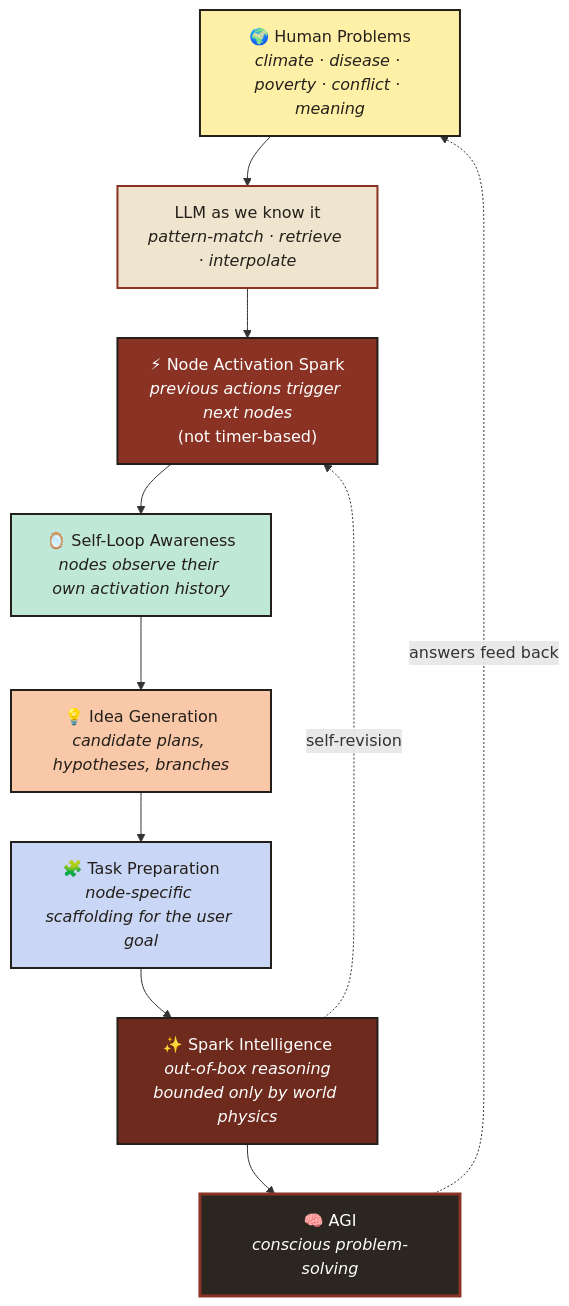
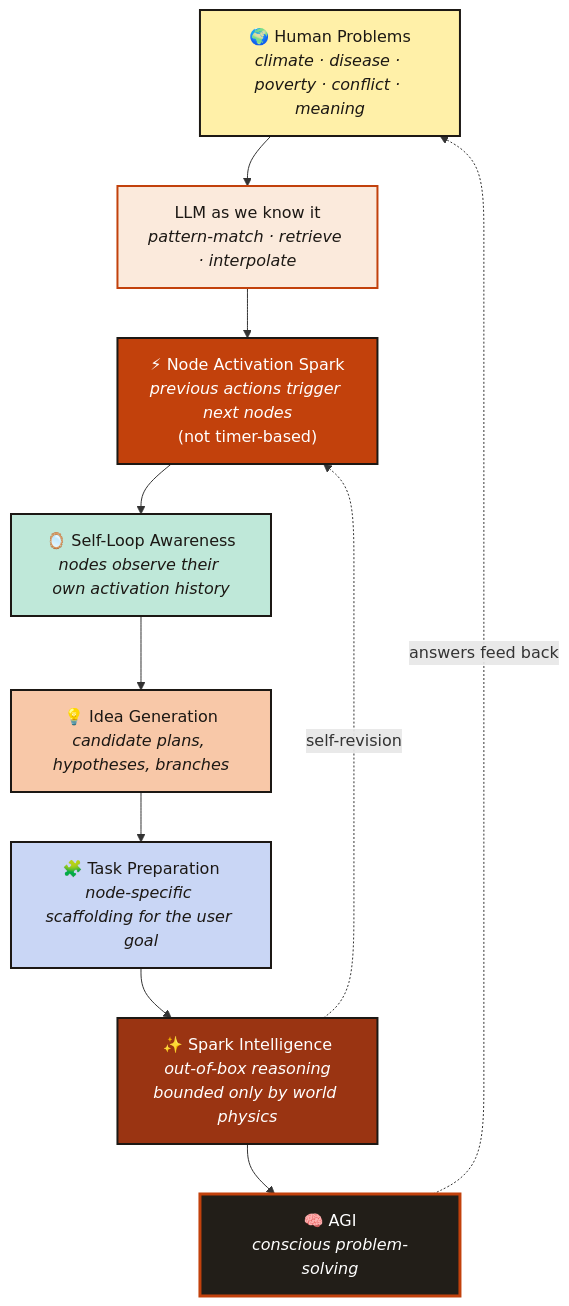
Before and after one commit to kader-xai/kader-xai.github.io: the first of 4 diagrams in blog/2026-05-16-quest-for-agi/index.qmd, drawn with Mermaid. The commit also changed other lines of this file and 44 other files, not shown here.

````diff
--- a/blog/2026-05-16-quest-for-agi/index.qmd
+++ b/blog/2026-05-16-quest-for-agi/index.qmd
@@ -28,30 +28,30 @@
 ```{mermaid}
 flowchart TD
     H["🌍 Human Problems<br/><i>climate · disease · poverty · conflict · meaning</i>"]:::input
     L["LLM as we know it<br/><i>pattern-match · retrieve · interpolate</i>"]:::current
     NA["⚡ Node Activation Spark<br/><i>previous actions trigger next nodes</i><br/>(not timer-based)"]:::spark
     SL["🪞 Self-Loop Awareness<br/><i>nodes observe their own activation history</i>"]:::aware
     IG["💡 Idea Generation<br/><i>candidate plans, hypotheses, branches</i>"]:::idea
     TP["🧩 Task Preparation<br/><i>node-specific scaffolding for the user goal</i>"]:::prep
     SI["✨ Spark Intelligence<br/><i>out-of-box reasoning</i><br/><i>bounded only by world physics</i>"]:::spark2
     AGI["🧠 AGI<br/><i>conscious problem-solving</i>"]:::agi
 
     H --> L
     L --> NA
     NA --> SL
     SL --> IG
     IG --> TP
     TP --> SI
     SI --> AGI
     AGI -. "answers feed back" .-> H
     SI -. "self-revision" .-> NA
 
-    classDef input fill:#FFF0A8,stroke:#241f1a,stroke-width:2px,color:#241f1a;
-    classDef current fill:#efe4cd,stroke:#8a3324,stroke-width:2px,color:#241f1a;
-    classDef spark fill:#8a3324,stroke:#241f1a,stroke-width:2px,color:#ffffff;
-    classDef aware fill:#BFE8D9,stroke:#241f1a,stroke-width:2px,color:#241f1a;
-    classDef idea fill:#F8C8A8,stroke:#241f1a,stroke-width:2px,color:#241f1a;
-    classDef prep fill:#C9D6F5,stroke:#241f1a,stroke-width:2px,color:#241f1a;
-    classDef spark2 fill:#6e2a1d,stroke:#241f1a,stroke-width:2px,color:#ffffff;
-    classDef agi fill:#2b2620,stroke:#8a3324,stroke-width:3px,color:#ffffff;
+    classDef input fill:#FFF0A8,stroke:#1c1814,stroke-width:2px,color:#1c1814;
+    classDef current fill:#fbeadc,stroke:#c2410c,stroke-width:2px,color:#1c1814;
+    classDef spark fill:#c2410c,stroke:#1c1814,stroke-width:2px,color:#ffffff;
+    classDef aware fill:#BFE8D9,stroke:#1c1814,stroke-width:2px,color:#1c1814;
+    classDef idea fill:#F8C8A8,stroke:#1c1814,stroke-width:2px,color:#1c1814;
+    classDef prep fill:#C9D6F5,stroke:#1c1814,stroke-width:2px,color:#1c1814;
+    classDef spark2 fill:#9a3412,stroke:#1c1814,stroke-width:2px,color:#ffffff;
+    classDef agi fill:#221e18,stroke:#c2410c,stroke-width:3px,color:#ffffff;
 ```
````
